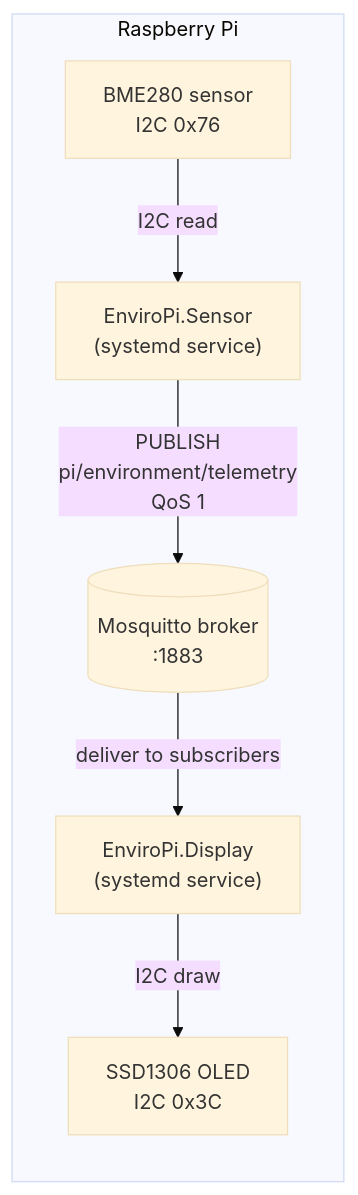
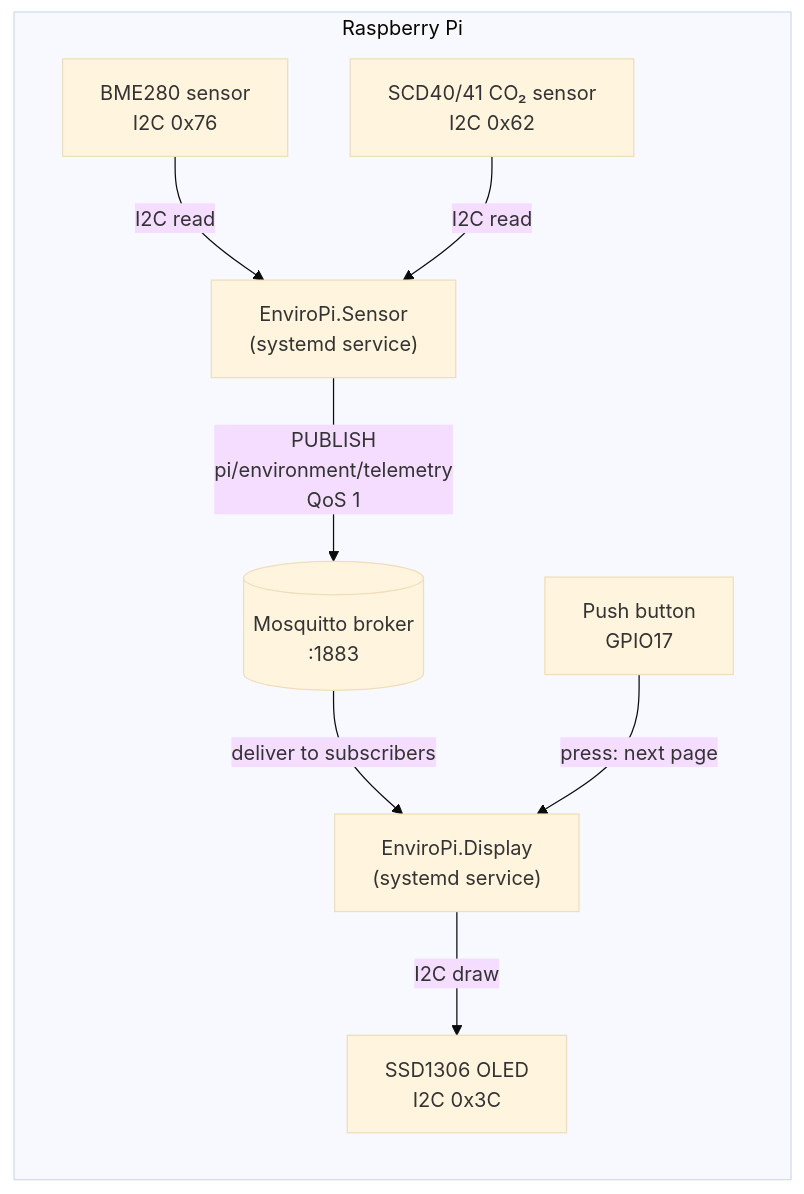
One commit to SabinMG/EnviroPi-MQTT changed the first of 5 diagrams in README.md. Above: the diagram before and after it, drawn with Mermaid (base theme). The commit also changed other lines of this file and 2 other files, not shown here.

Commit message:
Document the CO2 sensor and button, update screen previews

````diff
--- a/README.md
+++ b/README.md
@@ -24,15 +26,19 @@
 ```mermaid
 flowchart LR
     subgraph Pi["Raspberry Pi"]
         BME["BME280 sensor<br/>I2C 0x76"]
+        SCD["SCD40/41 CO₂ sensor<br/>I2C 0x62"]
         PUB["EnviroPi.Sensor<br/>(systemd service)"]
         BROKER[("Mosquitto broker<br/>:1883")]
         RECV["EnviroPi.Display<br/>(systemd service)"]
         OLED["SSD1306 OLED<br/>I2C 0x3C"]
+        BTN["Push button<br/>GPIO17"]
     end
 
     BME -- "I2C read" --> PUB
+    SCD -- "I2C read" --> PUB
     PUB -- "PUBLISH<br/>pi/environment/telemetry<br/>QoS 1" --> BROKER
     BROKER -- "deliver to subscribers" --> RECV
     RECV -- "I2C draw" --> OLED
+    BTN -- "press: next page" --> RECV
 ```
````
